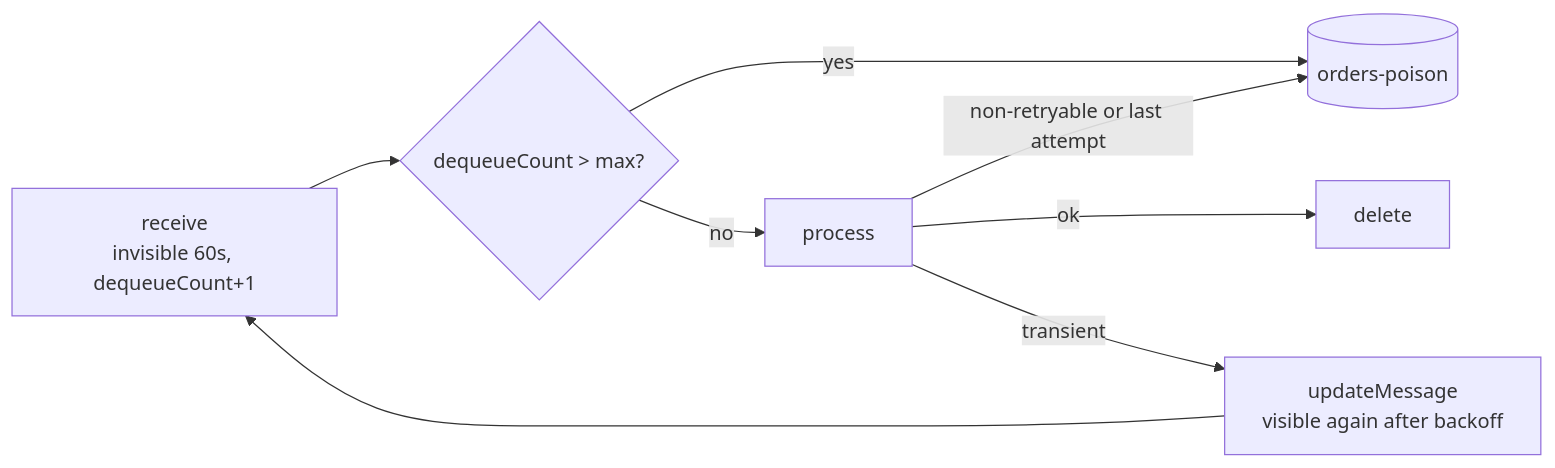
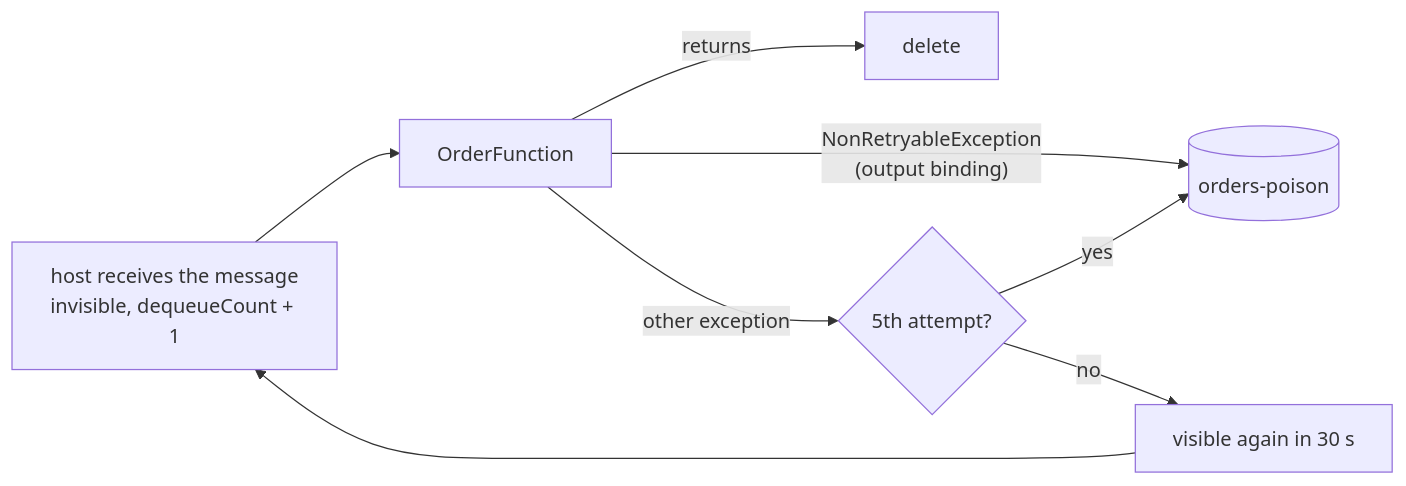
Before and after one commit to AiryLenglet/azure-queue: the diagram in README.md, drawn with Mermaid. The commit also changed other lines of this file and 14 other files, not shown here.

````diff
--- a/README.md
+++ b/README.md
@@ -82,9 +134,9 @@
 ```mermaid
 flowchart LR
-    R["receive<br/>invisible 60s, dequeueCount+1"] --> C{"dequeueCount > max?"}
-    C -- yes --> P[("orders-poison")]
-    C -- no --> H[process]
-    H -- ok --> D[delete]
-    H -- "non-retryable or last attempt" --> P
-    H -- transient --> U["updateMessage<br/>visible again after backoff"] --> R
+    R["host receives the message<br/>invisible, dequeueCount + 1"] --> H[OrderFunction]
+    H -- returns --> D[delete]
+    H -- "NonRetryableException<br/>(output binding)" --> P[("orders-poison")]
+    H -- "other exception" --> C{"5th attempt?"}
+    C -- no --> V["visible again in 30 s"] --> R
+    C -- yes --> P
 ```
````
